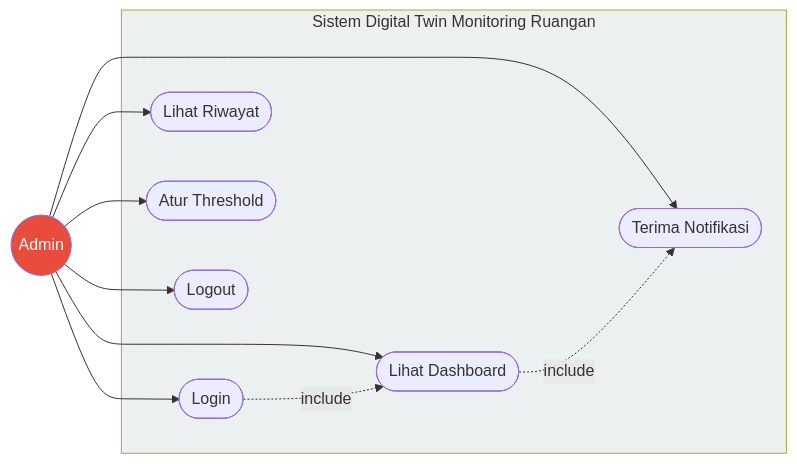
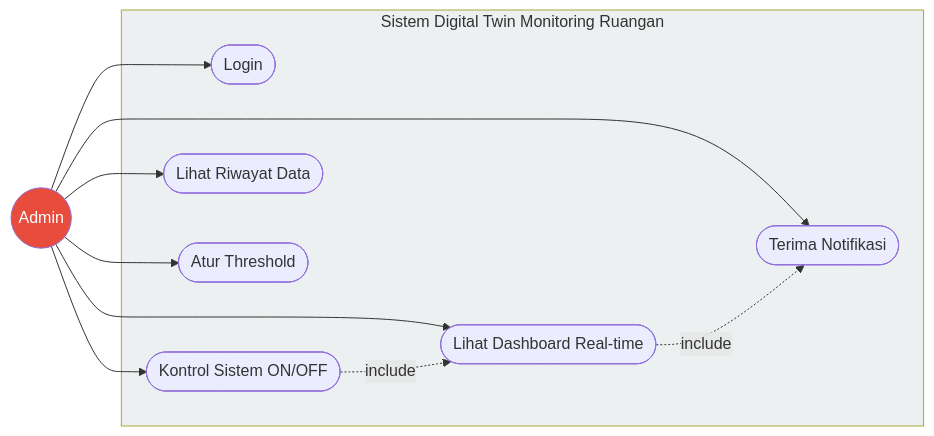
Before and after one commit to RPLUNIT052026/kelompok4-digitaltwin: the second of 5 diagrams in sprint-2/System_Modeling/01-analisis-sistem.md, drawn with Mermaid. The commit also changed other lines of this file, not shown here.

````diff
--- a/sprint-2/System_Modeling/01-analisis-sistem.md
+++ b/sprint-2/System_Modeling/01-analisis-sistem.md
@@ -50,26 +39,26 @@
 ```mermaid
 graph LR
     ADMIN((Admin))
     
     subgraph SISTEM[Sistem Digital Twin Monitoring Ruangan]
         UC1([Login])
-        UC2([Lihat Dashboard])
-        UC3([Lihat Riwayat])
-        UC4([Atur Threshold])
-        UC5([Terima Notifikasi])
-        UC6([Logout])
+        UC2([Kontrol Sistem ON/OFF])
+        UC3([Lihat Dashboard Real-time])
+        UC4([Lihat Riwayat Data])
+        UC5([Atur Threshold])
+        UC6([Terima Notifikasi])
     end
     
     ADMIN --> UC1
     ADMIN --> UC2
     ADMIN --> UC3
     ADMIN --> UC4
     ADMIN --> UC5
     ADMIN --> UC6
     
-    UC1 -.->|include| UC2
-    UC2 -.->|include| UC5
+    UC2 -.->|include| UC3
+    UC3 -.->|include| UC6
     
     style ADMIN fill:#e74c3c,color:#fff
     style SISTEM fill:#ecf0f1
 ```
````
